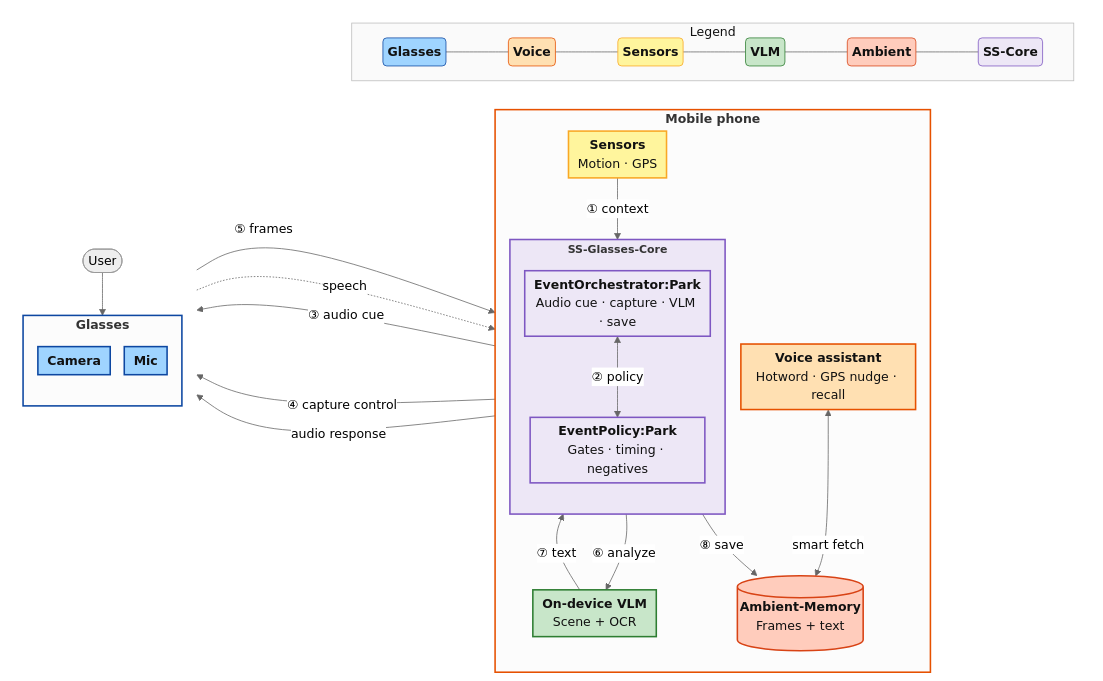
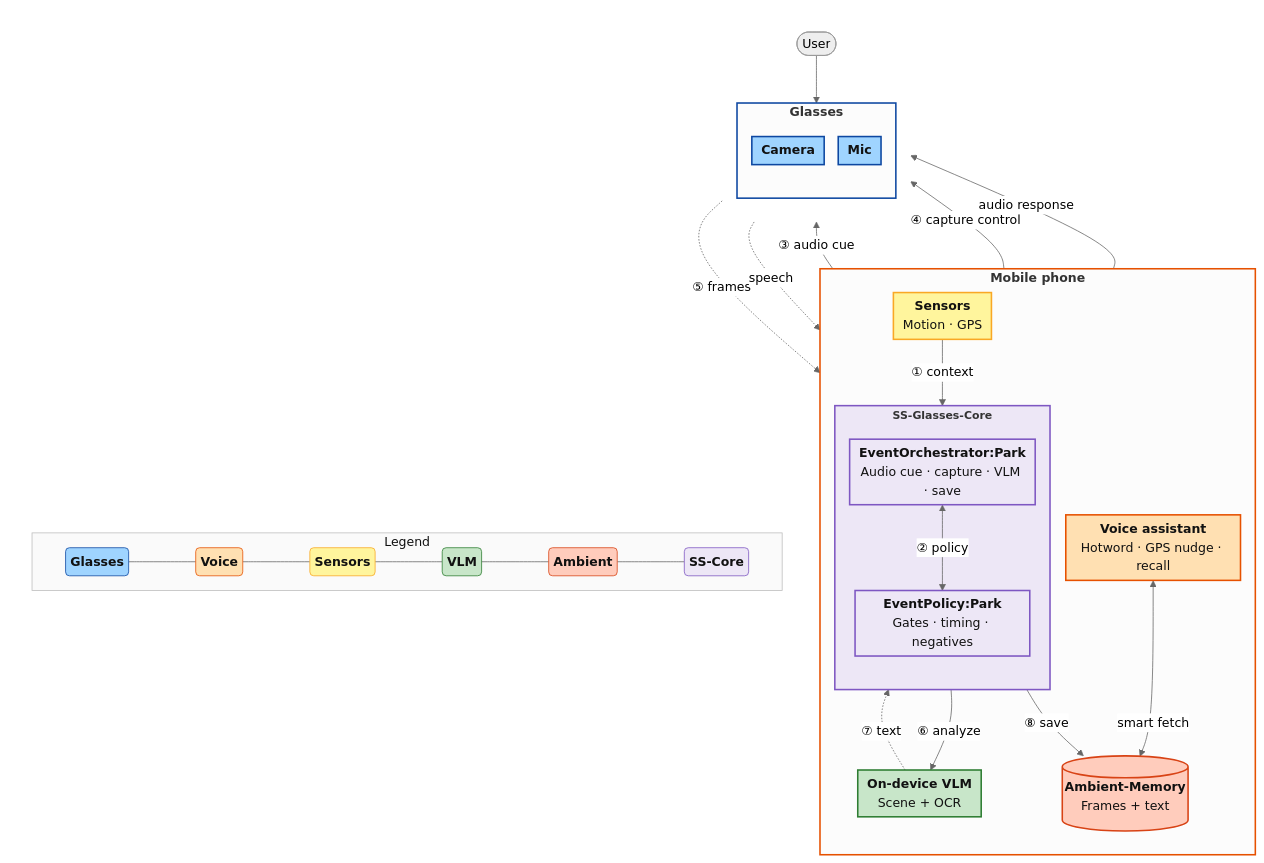
The diagram in tmp/idea2_mark_car_parking_spot_architecture.mermaid (penkesiva/wer-26), drawn with Mermaid (neutral theme) before and after one commit. The commit also changed 1 other file, not shown here.

Commit message:
docs(idea2): TB layout Mobile top Glasses bottom; dashed reverse edges

```diff
--- a/tmp/idea2_mark_car_parking_spot_architecture.mermaid
+++ b/tmp/idea2_mark_car_parking_spot_architecture.mermaid
@@ -1,99 +1,96 @@
----
-config:
-  flowchart:
-    htmlLabels: true
-    padding: 6
-    nodeSpacing: 18
-    rankSpacing: 30
----
-flowchart LR
- subgraph SSGC["<b><span style=font-size:14px>SS-Glasses-Core</span></b>"]
-    direction TB
-        PolicyCP["<b>EventPolicy:Park</b><br>Gates · timing · negatives"]
-        OrchCP["<b>EventOrchestrator:Park</b><br>Audio cue · capture · VLM · save"]
-  end
- subgraph Mobile["<b><span style=font-size:16px>Mobile phone</span></b>"]
-    direction TB
-        VA["<b>Voice assistant</b><br>Hotword · GPS nudge · recall"]
-        Sens["<b>Sensors</b><br>Motion · GPS"]
-        SSGC
-        VLM["<b>On-device VLM</b><br>Scene + OCR"]
-        AMEM[("<b>Ambient-Memory</b><br>Frames + text")]
-  end
- subgraph Glasses["<b><span style=font-size:16px>Glasses</span></b>"]
-    direction TB
-        Cam["<b>Camera</b>"]
-        Mic["<b>Mic</b>"]
-  end
- subgraph GCol[" "]
-    direction TB
-        User(["User"])
-        Glasses
-  end
- subgraph LegendRow["Legend"]
-    direction LR
-        LgG("<b>Glasses</b>")
-        LgM("<b>Voice</b>")
-        LgSen("<b>Sensors</b>")
-        LgL("<b>VLM</b>")
-        LgA("<b>Ambient</b>")
-        LgS("<b>SS-Core</b>")
-  end
- subgraph BottomDeck[" "]
-    direction RL
-        LegendRow
-  end
-    LgG --- LgM
-    LgM --- LgSen
-    LgSen --- LgL
-    LgL --- LgA
-    LgA --- LgS
+%%{init: {'flowchart': {'htmlLabels': true, 'padding': 6, 'nodeSpacing': 18, 'rankSpacing': 36}}}%%
+%% Idea 2 — Mark Car Parking Spot · mermaid.live
+%% flowchart TB: Mobile (top) → Glasses (bottom) → Legend
+%% Reverse edges Glasses→Mobile are dashed to keep TB rank intact
+%% <b>…</b> = bold title inside a box
+
+flowchart TB
+    subgraph Mobile["<b><span style='font-size:16px'>Mobile phone</span></b>"]
+        direction TB
+        VA["<b>Voice assistant</b><br/>Hotword · GPS nudge · recall"]
+        Sens["<b>Sensors</b><br/>Motion · GPS"]
+        subgraph SSGC["<b><span style='font-size:14px'>SS-Glasses-Core</span></b>"]
+            direction TB
+            PolicyCP["<b>EventPolicy:Park</b><br/>Gates · timing · negatives"]
+            OrchCP["<b>EventOrchestrator:Park</b><br/>Audio cue · capture · VLM · save"]
+        end
+        VLM["<b>On-device VLM</b><br/>Scene + OCR"]
+        AMEM[("<b>Ambient-Memory</b><br/>Frames + text")]
+    end
+
+    subgraph GCol[" "]
+        direction TB
+        User([User])
+        subgraph Glasses["<b><span style='font-size:16px'>Glasses</span></b>"]
+            direction TB
+            Cam["<b>Camera</b>"]
+            Mic["<b>Mic</b>"]
+        end
+    end
+
+    subgraph BottomDeck[" "]
+        direction RL
+        subgraph LegendRow["Legend"]
+            direction LR
+            LgG("<b>Glasses</b>")
+            LgM("<b>Voice</b>")
+            LgSen("<b>Sensors</b>")
+            LgL("<b>VLM</b>")
+            LgA("<b>Ambient</b>")
+            LgS("<b>SS-Core</b>")
+            LgG --- LgM --- LgSen --- LgL --- LgA --- LgS
+        end
+    end
+
     Mobile ~~~ GCol
     GCol ~~~ BottomDeck
-    Sens -- ① context --> OrchCP
-    OrchCP <-- ② policy --> PolicyCP
-    OrchCP -- ③ audio cue --> Mic
-    OrchCP -- ④ capture control --> Cam
-    Cam -- ⑤ frames --> OrchCP
-    OrchCP -- ⑥ analyze --> VLM
-    VLM -- ⑦ text --> OrchCP
-    OrchCP -- ⑧ save --> AMEM
+
+    Sens -->|"① context"| OrchCP
+    OrchCP <-->|"② policy"| PolicyCP
+    OrchCP -->|"③ audio cue"| Mic
+    OrchCP -->|"④ capture control"| Cam
+    Cam -.->|"⑤ frames"| OrchCP
+    OrchCP -->|"⑥ analyze"| VLM
+    VLM -.->|"⑦ text"| OrchCP
+    OrchCP -->|"⑧ save"| AMEM
+
     User --> Mic
-    Mic -. speech .-> VA
-    VA -- audio response --> Mic
-    VA <-- smart fetch --> AMEM
+    Mic -.->|speech| VA
+    VA -->|audio response| Mic
+    VA <-->|smart fetch| AMEM
 
-     PolicyCP:::ssCoreLight
-     OrchCP:::ssCoreLight
-     VA:::mobile
-     Sens:::sensors
-     VLM:::onDeviceVlm
-     AMEM:::ambientMem
-     Cam:::glasses
-     Mic:::glasses
-     LgG:::legendGlasses
-     LgM:::legendMobile
-     LgSen:::legendSensors
-     LgL:::legendVlm
-     LgA:::legendAmbient
-     LgS:::legendSS
-     GCol:::colHidden
     classDef glasses fill:#9fd4ff,stroke:#0d47a1,color:#111,stroke-width:2px
     classDef mobile fill:#ffe0b2,stroke:#e65100,color:#111,stroke-width:2px
     classDef sensors fill:#fff59d,stroke:#f9a825,color:#111,stroke-width:2px
     classDef onDeviceVlm fill:#c8e6c9,stroke:#2e7d32,color:#111,stroke-width:2px
     classDef ambientMem fill:#ffccbc,stroke:#d84315,color:#111,stroke-width:2px
     classDef ssCoreLight fill:#ede7f6,stroke:#7e57c2,color:#111,stroke-width:2px
     classDef legendGlasses fill:#9fd4ff,stroke:#0d47a1,color:#111
     classDef legendMobile fill:#ffe0b2,stroke:#e65100,color:#111
     classDef legendSensors fill:#fff59d,stroke:#f9a825,color:#111
     classDef legendVlm fill:#c8e6c9,stroke:#2e7d32,color:#111
     classDef legendAmbient fill:#ffccbc,stroke:#d84315,color:#111
     classDef legendSS fill:#ede7f6,stroke:#7e57c2,color:#111
     classDef colHidden fill:none,stroke:none,color:#111
+
     style SSGC fill:#ede7f6,stroke:#7e57c2,stroke-width:2px
+    style GCol fill:none,stroke:none
     style Glasses stroke:#0d47a1,stroke-width:2px
+    style Mobile stroke:#e65100,stroke-width:2px
+    style BottomDeck fill:none,stroke:none
     style LegendRow fill:#fafafa,stroke:#bdbdbd,color:#111,stroke-width:1px
-    style Mobile stroke:#e65100,stroke-width:2px
-    style GCol fill:none,stroke:none
-    style BottomDeck fill:none,stroke:none
+
+    class Cam,Mic glasses
+    class Sens sensors
+    class VA mobile
+    class VLM onDeviceVlm
+    class AMEM ambientMem
+    class PolicyCP,OrchCP ssCoreLight
+    class GCol colHidden
+
+    class LgG legendGlasses
+    class LgM legendMobile
+    class LgSen legendSensors
+    class LgL legendVlm
+    class LgA legendAmbient
+    class LgS legendSS
```
